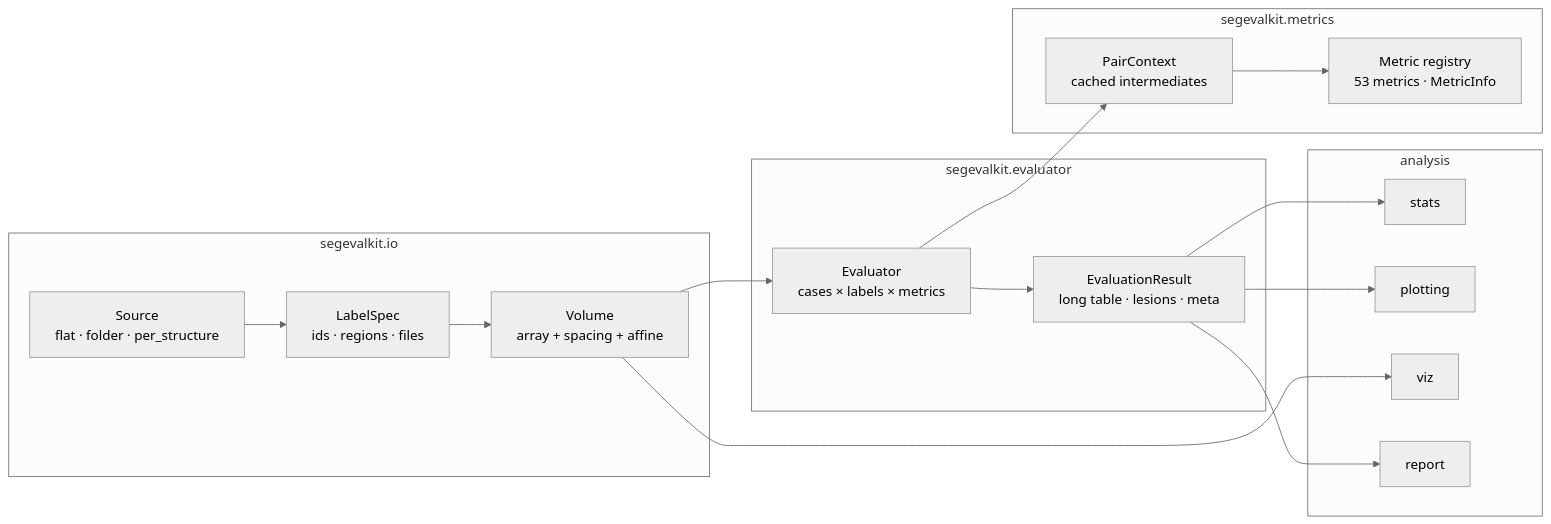
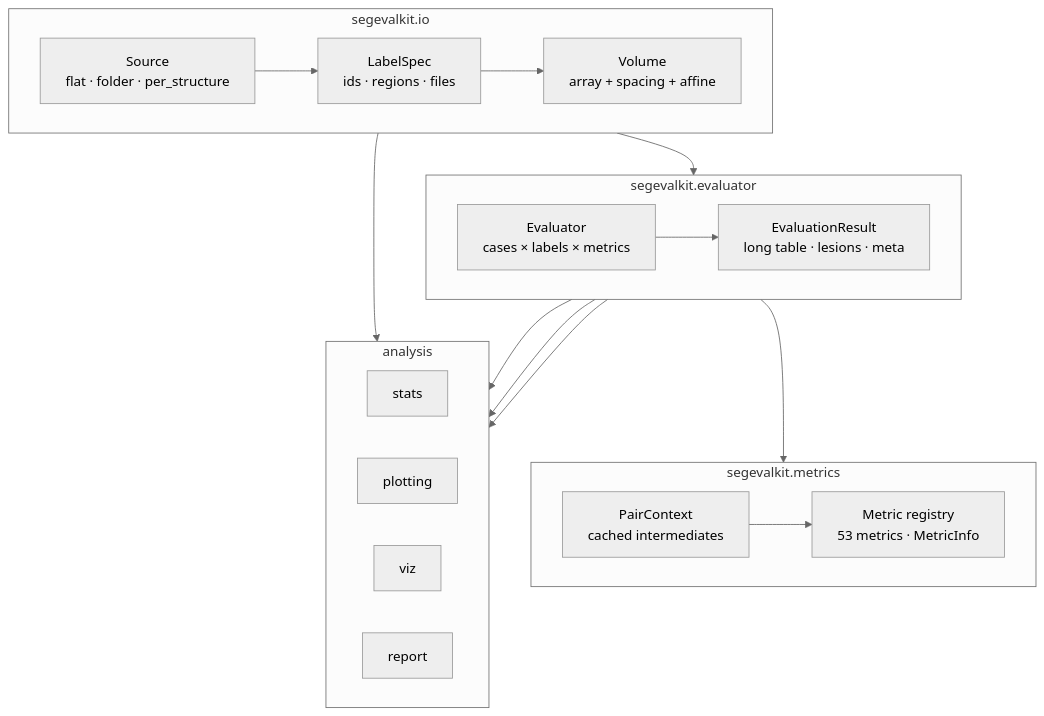
The diagram in docs/developer/architecture.md (aj-das-research/SegEvalKit), drawn with Mermaid (neutral theme) before and after one commit. The commit also changed other lines of this file and 80 other files, not shown here.

````diff
--- a/docs/developer/architecture.md
+++ b/docs/developer/architecture.md
@@ -5,20 +5,24 @@
 ```mermaid
-flowchart LR
+flowchart TB
     subgraph IO["segevalkit.io"]
+        direction LR
         S["Source<br/>flat · folder · per_structure"] --> L["LabelSpec<br/>ids · regions · files"]
         L --> V["Volume<br/>array + spacing + affine"]
     end
     subgraph CORE["segevalkit.metrics"]
+        direction LR
         C["PairContext<br/>cached intermediates"] --> R["Metric registry<br/>53 metrics · MetricInfo"]
     end
     subgraph RUN["segevalkit.evaluator"]
+        direction LR
         E["Evaluator<br/>cases × labels × metrics"] --> ER["EvaluationResult<br/>long table · lesions · meta"]
     end
     subgraph OUT["analysis"]
+        direction LR
         ST["stats"]; PL["plotting"]; VZ["viz"]; RP["report"]
     end
     V --> E
     E --> C
     ER --> ST & PL & RP
     V --> VZ
 ```
````
